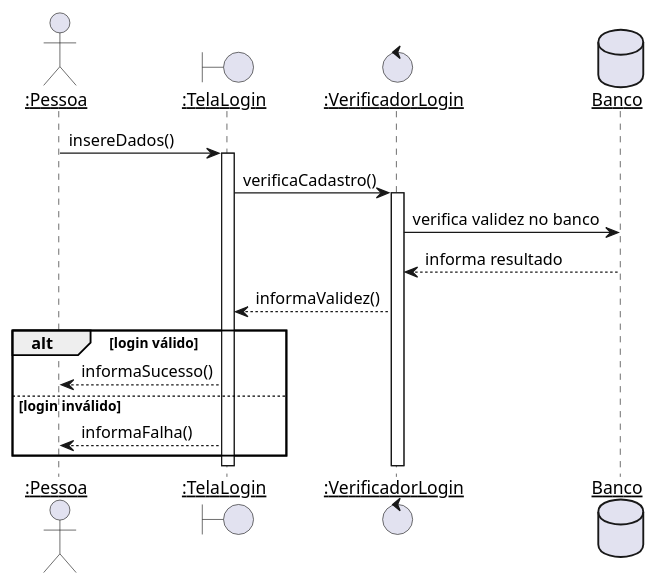
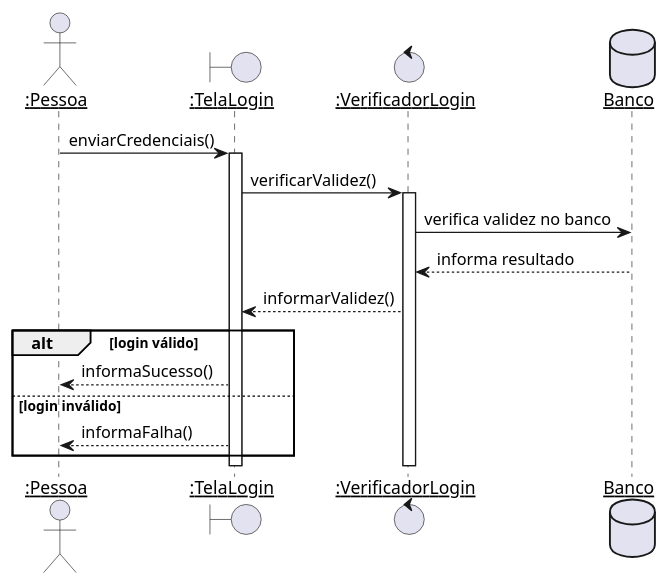
The diagram in diagramas/sequencia/efetuar_login.puml (Pedro-V/projetorium), drawn with PlantUML before and after one commit. The commit also changed 4 other files, not shown here.

Commit message:
Diagrama de classe de projeto e diagramas de sequência atualizados

```diff
--- a/diagramas/sequencia/efetuar_login.puml
+++ b/diagramas/sequencia/efetuar_login.puml
@@ -1,19 +1,19 @@
 @startuml
 skinparam sequenceParticipant underline
 
 actor ":Pessoa" as Pessoa
 boundary ":TelaLogin" as TelaLogin
 control ":VerificadorLogin" as VerificadorLogin
 database Banco
 
-Pessoa -> TelaLogin ++: insereDados()
-TelaLogin -> VerificadorLogin ++: verificaCadastro()
+Pessoa -> TelaLogin ++: enviarCredenciais()
+TelaLogin -> VerificadorLogin ++: verificarValidez()
 VerificadorLogin -> Banco : verifica validez no banco
 Banco --> VerificadorLogin : informa resultado
-VerificadorLogin --> TelaLogin : informaValidez()
+VerificadorLogin --> TelaLogin : informarValidez()
 alt login válido
     TelaLogin --> Pessoa : informaSucesso()
 else login inválido
     TelaLogin --> Pessoa : informaFalha()
 end
 @enduml
```
